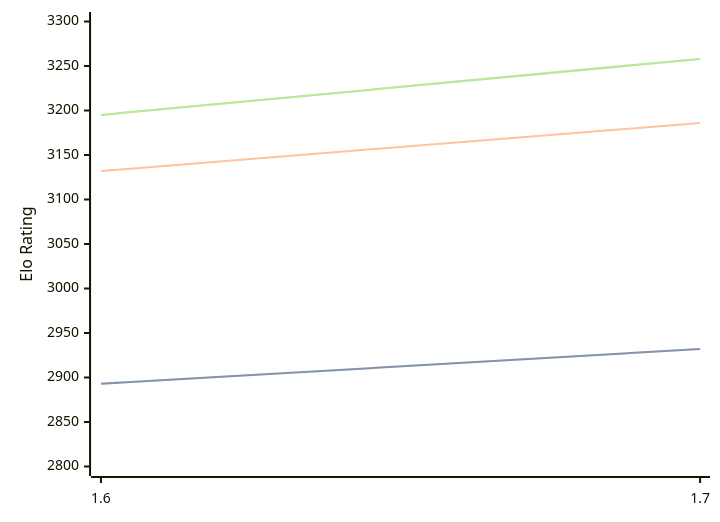
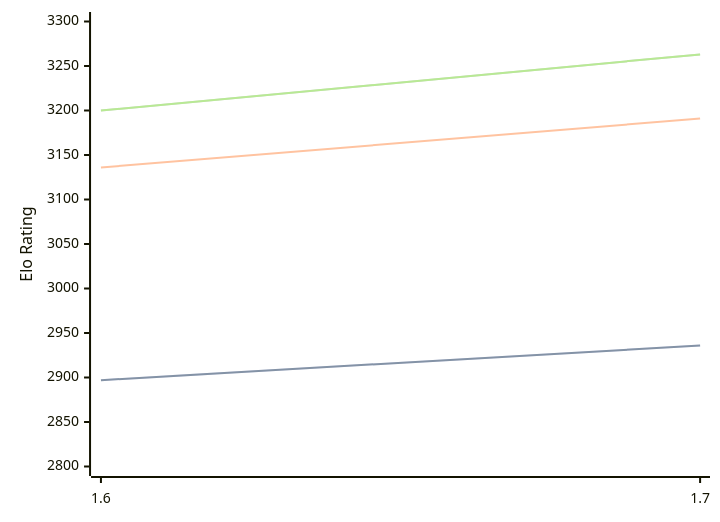
The diagram in engines/Bitbit.md (computer-chess-index/cci), drawn with Mermaid before and after one commit. The commit also changed other lines of this file, not shown here.

Commit message:
Update CCI Ratings (ELO VLTC) - 2026-08-18

````diff
--- a/engines/Bitbit.md
+++ b/engines/Bitbit.md
@@ -32,11 +32,11 @@
 ```mermaid
 %%{init: {"theme":"base","themeVariables":{"seriesColors:['#a3a3a3','#222221','#faa371']}}}%%
 xychart-beta
   x-axis ["1.6", "1.7"]
   y-axis "Elo Rating" 2800 --> 3300
-  line "STC (8.0+0.08s)" [2893, 2932]
-  line "STC (8.0+0.08s)" [2893, 2932]
-  line "LTC (60.0+0.60s)" [3132, 3186]
-  line "VLTC (2m24s+1.12s)" [3195, 3258]
-  line "VLTC (2m24s+1.12s)" [3195, 3258]
+  line "STC (8.0+0.08s)" [2897, 2936]
+  line "STC (8.0+0.08s)" [2897, 2936]
+  line "LTC (60.0+0.60s)" [3136, 3191]
+  line "VLTC (2m24s+1.12s)" [3200, 3263]
+  line "VLTC (2m24s+1.12s)" [3200, 3263]
 ```
````
